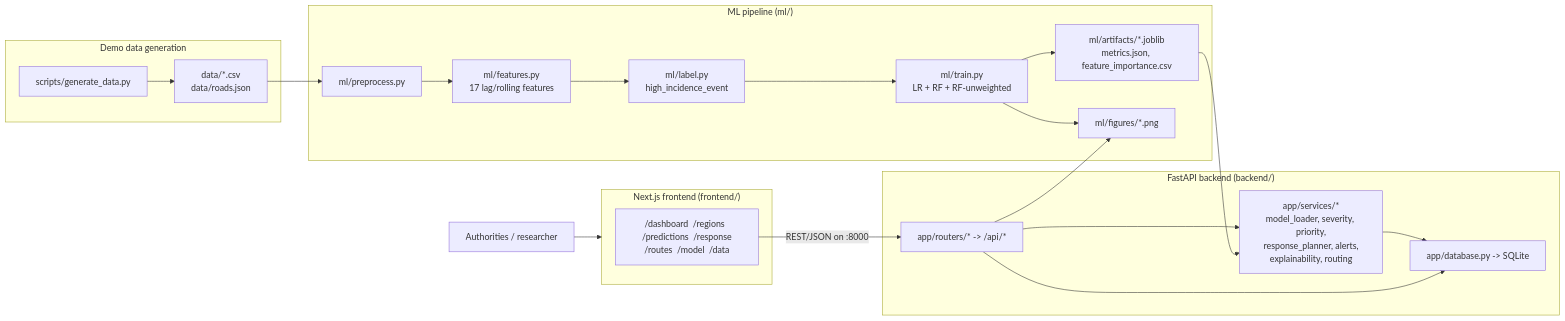
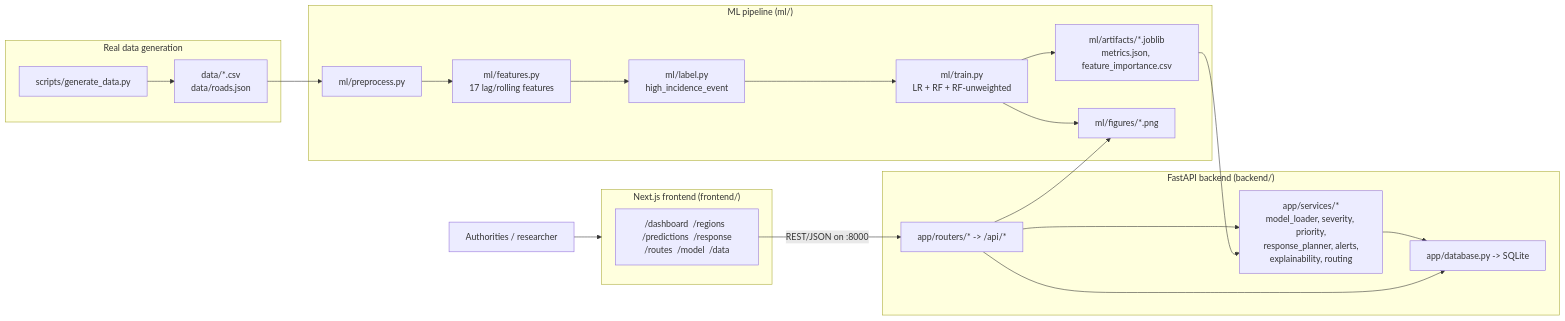
One commit to Piyush-Sagar/Disease-Outbreak-Prediction-and-Response-Planner changed the first of 2 diagrams in docs/architecture.md. Above: the diagram before and after it, drawn with Mermaid. The commit also changed other lines of this file and 18 other files, not shown here.

````diff
--- a/docs/architecture.md
+++ b/docs/architecture.md
@@ -16,33 +16,33 @@
 ```mermaid
 flowchart LR
-    subgraph Generator["Demo data generation"]
+    subgraph Generator["Real data generation"]
         GEN["scripts/generate_data.py"] --> CSV["data/*.csv\n data/roads.json"]
     end
 
     subgraph ML["ML pipeline  (ml/)"]
         CSV --> PRE["ml/preprocess.py"]
         PRE --> FEAT["ml/features.py\n17 lag/rolling features"]
         FEAT --> LAB["ml/label.py\nhigh_incidence_event"]
         LAB --> TRAIN["ml/train.py\nLR + RF + RF-unweighted"]
         TRAIN --> ART["ml/artifacts/*.joblib\nmetrics.json, feature_importance.csv"]
         TRAIN --> FIG["ml/figures/*.png"]
     end
 
     subgraph API["FastAPI backend  (backend/)"]
         ROUT["app/routers/*  ->  /api/*"]
         SVC["app/services/*\nmodel_loader, severity, priority,\nresponse_planner, alerts,\nexplainability, routing"]
         DIR["app/database.py  ->  SQLite"]
         ART --> SVC
         ROUT --> SVC
         ROUT --> DIR
         SVC --> DIR
         ROUT --> FIG
     end
 
     subgraph WEB["Next.js frontend  (frontend/)"]
         PAGES["/dashboard  /regions  /predictions  /response\n/routes  /model  /data"]
         PAGES -- "REST/JSON on :8000" --> ROUT
     end
 
     USER["Authorities / researcher"] --> WEB
 ```
````
